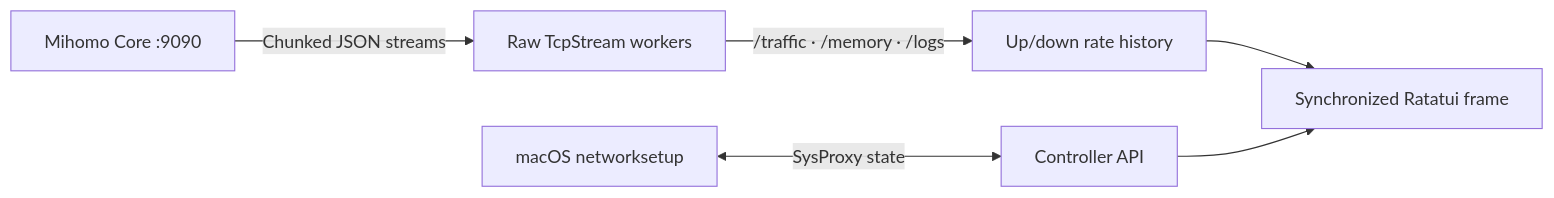
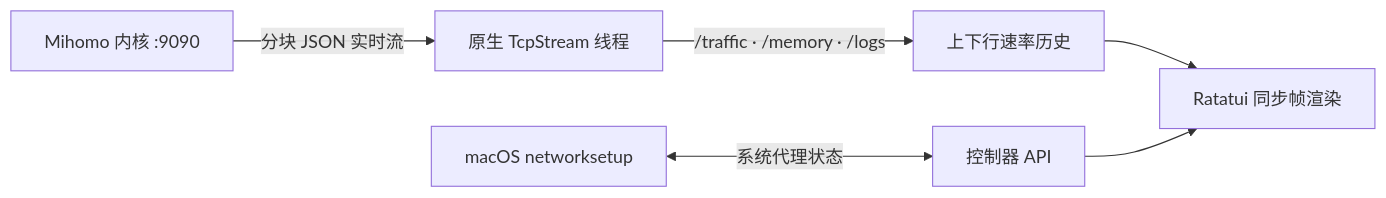
One commit to wormforce/terc changed the diagram in README.md. Above: the diagram before and after it, drawn with Mermaid. The commit also changed other lines of this file and 9 other files, not shown here.

````diff
--- a/README.md
+++ b/README.md
@@ -105,8 +134,8 @@
 ```mermaid
 flowchart LR
-    A[Mihomo Core :9090] -->|Chunked JSON streams| B[Raw TcpStream workers]
-    B -->|/traffic · /memory · /logs| C[Up/down rate history]
-    D[macOS networksetup] <-->|SysProxy state| E[Controller API]
-    C --> F[Synchronized Ratatui frame]
+    A[Mihomo 内核 :9090] -->|分块 JSON 实时流| B[原生 TcpStream 线程]
+    B -->|/traffic · /memory · /logs| C[上下行速率历史]
+    D[macOS networksetup] <-->|系统代理状态| E[控制器 API]
+    C --> F[Ratatui 同步帧渲染]
     E --> F
 ```
````
